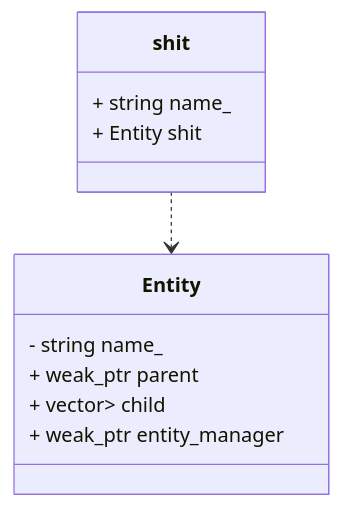
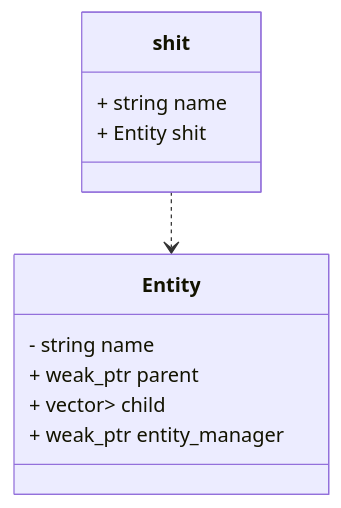
Before and after one commit to hundan2015/LunaticRenderer2: the diagram in doc/note.md, drawn with Mermaid. The commit also changed 4 other files, not shown here.

````diff
--- a/doc/note.md
+++ b/doc/note.md
@@ -6,15 +6,15 @@
 ```mermaid
 classDiagram
     shit ..> Entity
     class Entity {
-        - string name_
+        - string name
         + weak_ptr<Entity> parent
         + vector<shared_ptr<Entity>> child
         + weak_ptr<EntityManager> entity_manager
     }
 
     class shit {
-        + string name_
+        + string name
         + Entity shit
     }
 ```
````
